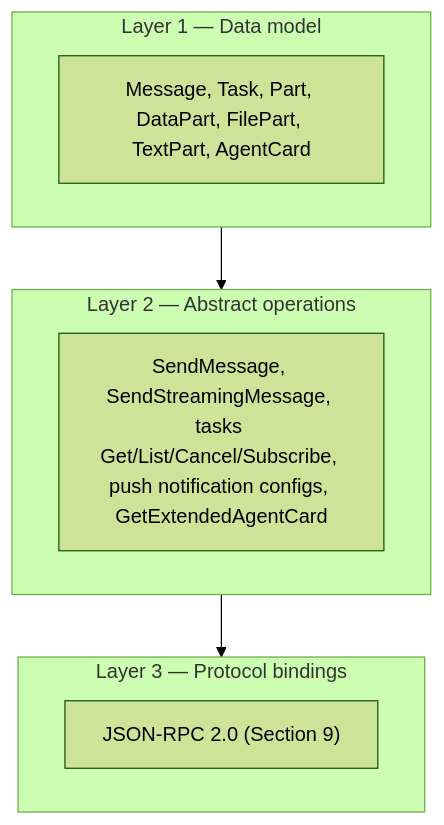
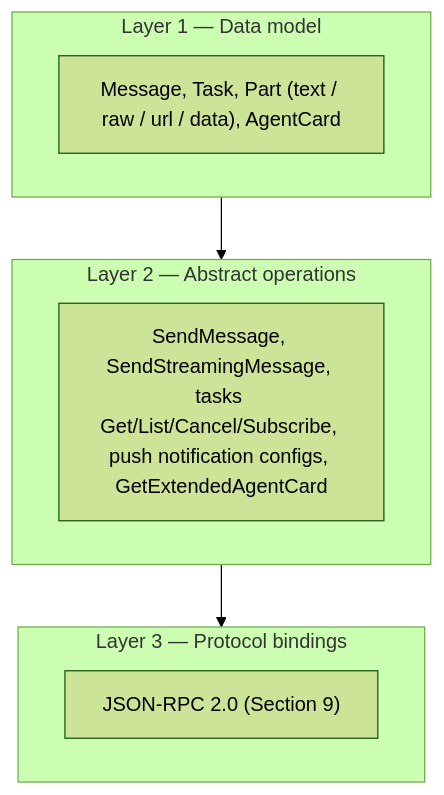
One commit to auto-agent-protocol/auto-agent-protocol changed the diagram in docs/a2a-profile.md. Above: the diagram before and after it, drawn with Mermaid (forest theme). The commit also changed other lines of this file and 30 other files, not shown here.

````diff
--- a/docs/a2a-profile.md
+++ b/docs/a2a-profile.md
@@ -19,17 +29,17 @@
 ```mermaid
 flowchart TB
   subgraph Layer1["Layer 1 — Data model"]
-    L1["Message, Task, Part, DataPart, FilePart, TextPart, AgentCard"]
+    L1["Message, Task, Part (text / raw / url / data), AgentCard"]
   end
 
   subgraph Layer2["Layer 2 — Abstract operations"]
     L2["SendMessage, SendStreamingMessage, tasks Get/List/Cancel/Subscribe, push notification configs, GetExtendedAgentCard"]
   end
 
   subgraph Layer3["Layer 3 — Protocol bindings"]
     L3J["JSON-RPC 2.0 (Section 9)"]
   end
 
   Layer1 --> Layer2
   Layer2 --> Layer3
 ```
````
